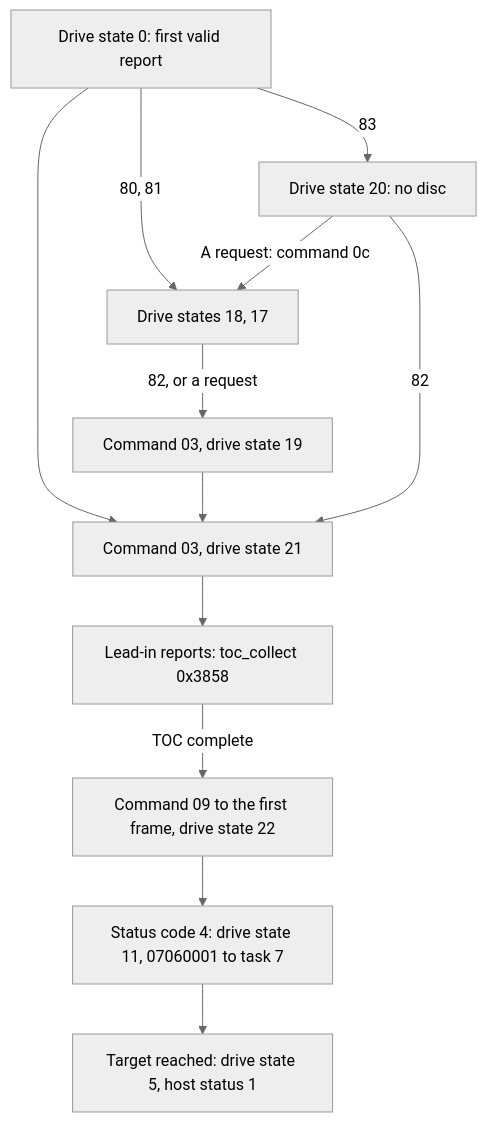
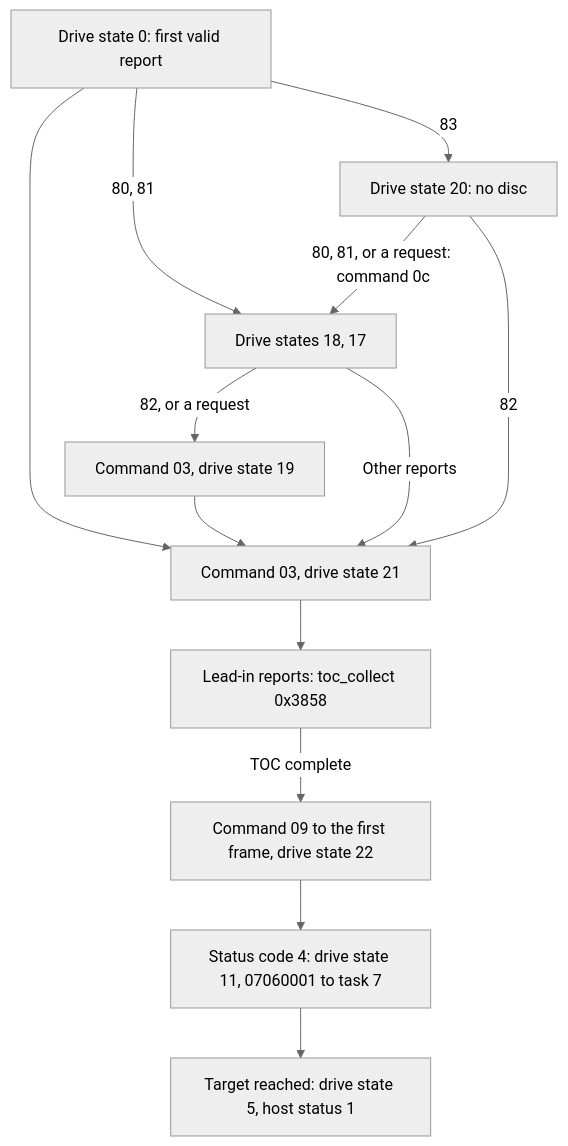
One commit to LysergicWarp/Sega-Saturn-CDblock-Reverse-Engineering-Documentation changed the second of 2 diagrams in docs/cdblock/drive.md. Above: the diagram before and after it, drawn with Mermaid (neutral theme). The commit also changed other lines of this file, not shown here.

Commit message:
Document the reference drive's lid-close sequence and frame timing

````diff
--- a/docs/cdblock/drive.md
+++ b/docs/cdblock/drive.md
@@ -290,14 +296,15 @@
 ```mermaid
 flowchart TD
     first["Drive state 0: first valid report"] --> toc["Command 03, drive state 21"]
     first -->|"80, 81"| tray["Drive states 18, 17"]
     first -->|"83"| nodisc["Drive state 20: no disc"]
     tray -->|"82, or a request"| toc19["Command 03, drive state 19"]
-    nodisc -->|"A request: command 0c"| tray
+    tray -->|"Other reports"| toc
+    nodisc -->|"80, 81, or a request: command 0c"| tray
     nodisc -->|"82"| toc
     toc19 --> toc
     toc --> collect["Lead-in reports: toc_collect 0x3858"]
     collect -->|"TOC complete"| seek["Command 09 to the first frame, drive state 22"]
     seek --> settle["Status code 4: drive state 11, 07060001 to task 7"]
     settle --> pause["Target reached: drive state 5, host status 1"]
 ```
````
